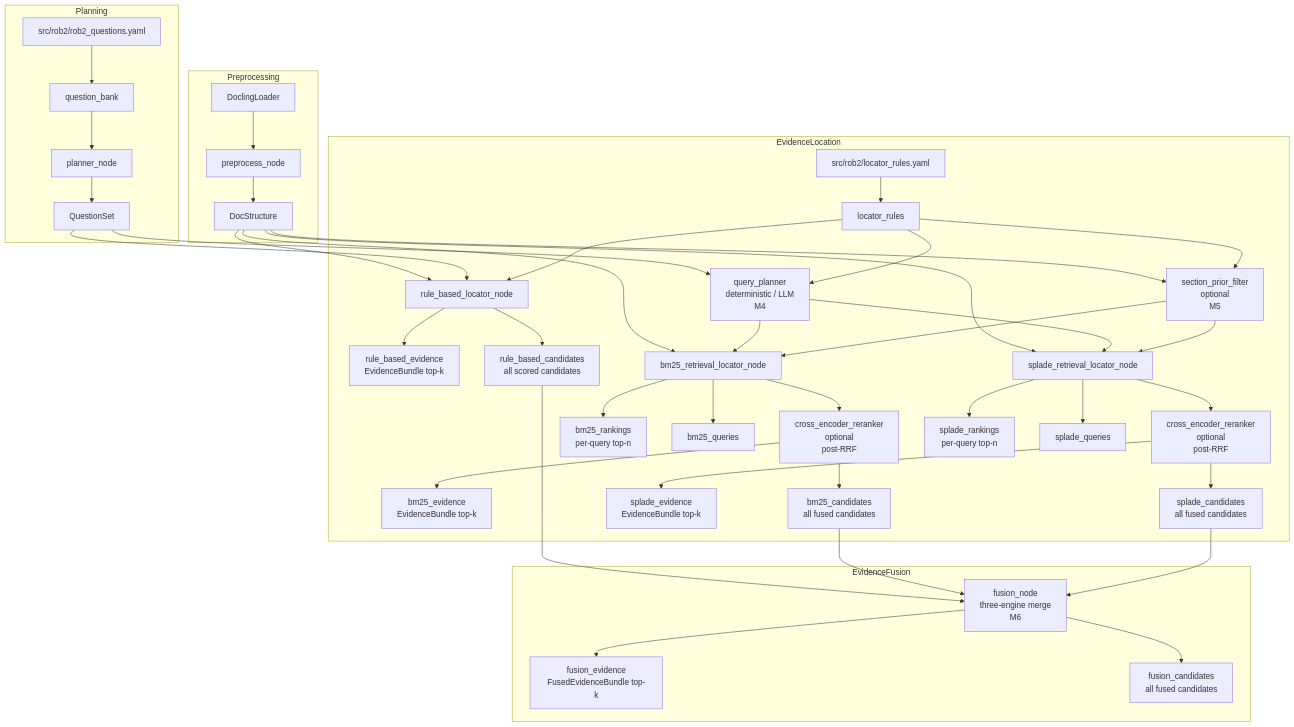
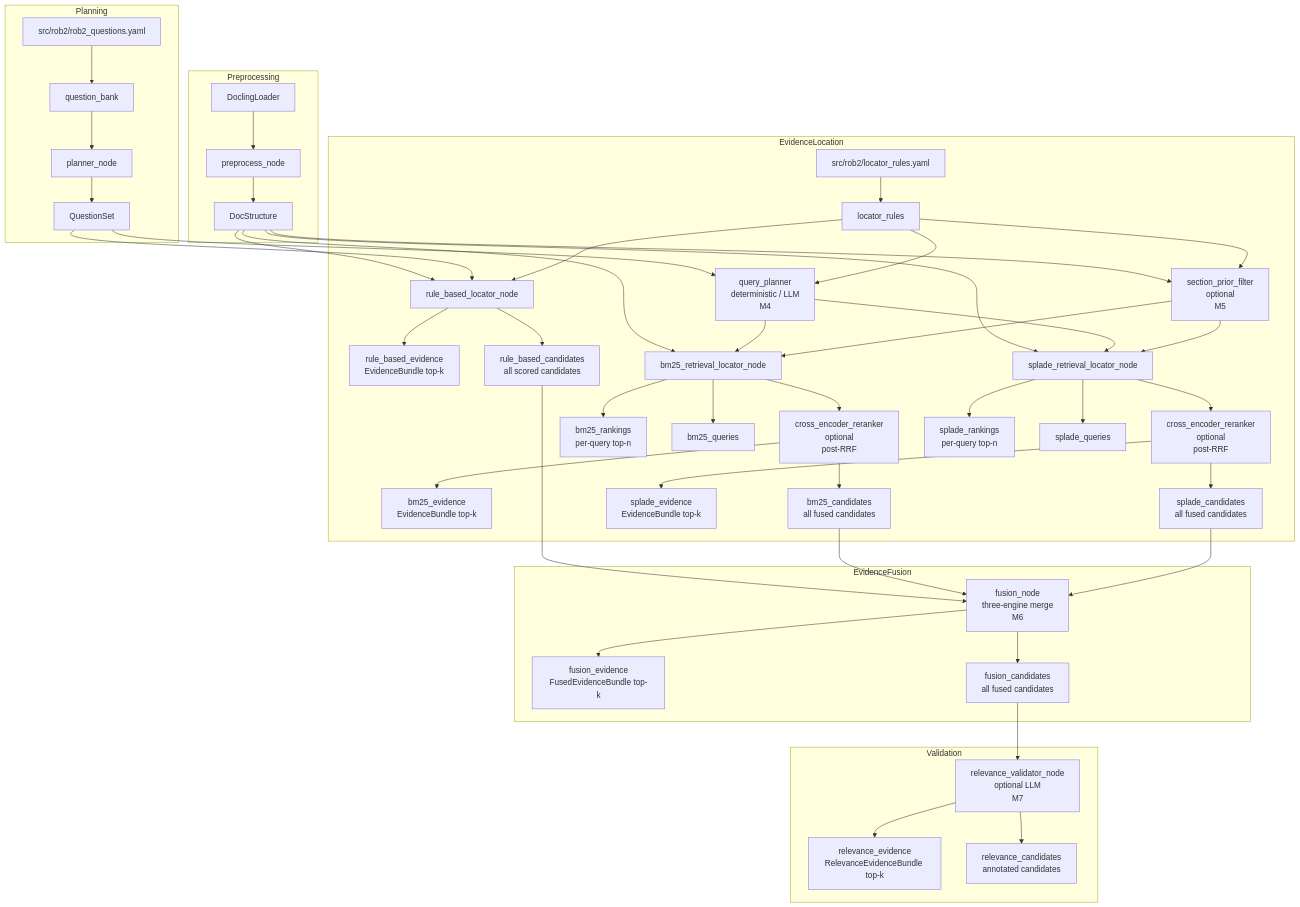
Before and after one commit to Younthing/eagent: the diagram in docs/system-uml.md, drawn with Mermaid. The commit also changed other lines of this file and 11 other files, not shown here.

````diff
--- a/docs/system-uml.md
+++ b/docs/system-uml.md
@@ -3,53 +3,59 @@
 ```mermaid
 flowchart TD
   subgraph Preprocessing
     A[DoclingLoader] --> B[preprocess_node]
     B --> C[DocStructure]
   end
 
   subgraph Planning
     D[src/rob2/rob2_questions.yaml] --> E[question_bank]
     E --> F[planner_node]
     F --> G[QuestionSet]
   end
 
   subgraph EvidenceLocation
     H[src/rob2/locator_rules.yaml] --> I[locator_rules]
     C --> J[rule_based_locator_node]
     G --> J
     I --> J
     J --> K[rule_based_evidence<br/>EvidenceBundle top-k]
     J --> L[rule_based_candidates<br/>all scored candidates]
 
     G --> QP[query_planner<br/>deterministic / LLM<br/>M4]
     I --> QP
 
     C --> M[bm25_retrieval_locator_node]
     QP --> M
     C --> R[section_prior_filter<br/>optional<br/>M5]
     I --> R
     R --> M
     M --> CE1[cross_encoder_reranker<br/>optional<br/>post-RRF]
     CE1 --> N[bm25_evidence<br/>EvidenceBundle top-k]
     CE1 --> O[bm25_candidates<br/>all fused candidates]
     M --> P[bm25_rankings<br/>per-query top-n]
     M --> Q[bm25_queries]
 
     C --> S[splade_retrieval_locator_node]
     QP --> S
     R --> S
     S --> CE2[cross_encoder_reranker<br/>optional<br/>post-RRF]
     CE2 --> T[splade_evidence<br/>EvidenceBundle top-k]
     CE2 --> U[splade_candidates<br/>all fused candidates]
     S --> V[splade_rankings<br/>per-query top-n]
     S --> W[splade_queries]
   end
 
   subgraph EvidenceFusion
     L --> FUS[fusion_node<br/>three-engine merge<br/>M6]
     O --> FUS
     U --> FUS
     FUS --> FE[fusion_evidence<br/>FusedEvidenceBundle top-k]
     FUS --> FC[fusion_candidates<br/>all fused candidates]
   end
+
+  subgraph Validation
+    FC --> RV[relevance_validator_node<br/>optional LLM<br/>M7]
+    RV --> RE[relevance_evidence<br/>RelevanceEvidenceBundle top-k]
+    RV --> RC[relevance_candidates<br/>annotated candidates]
+  end
 ```
````
